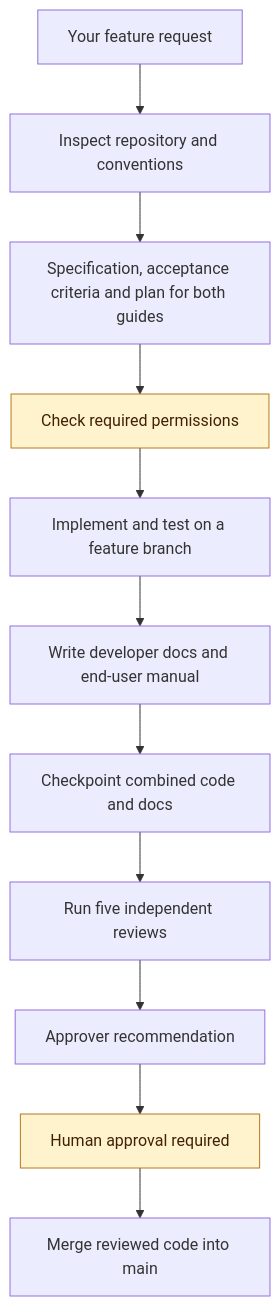
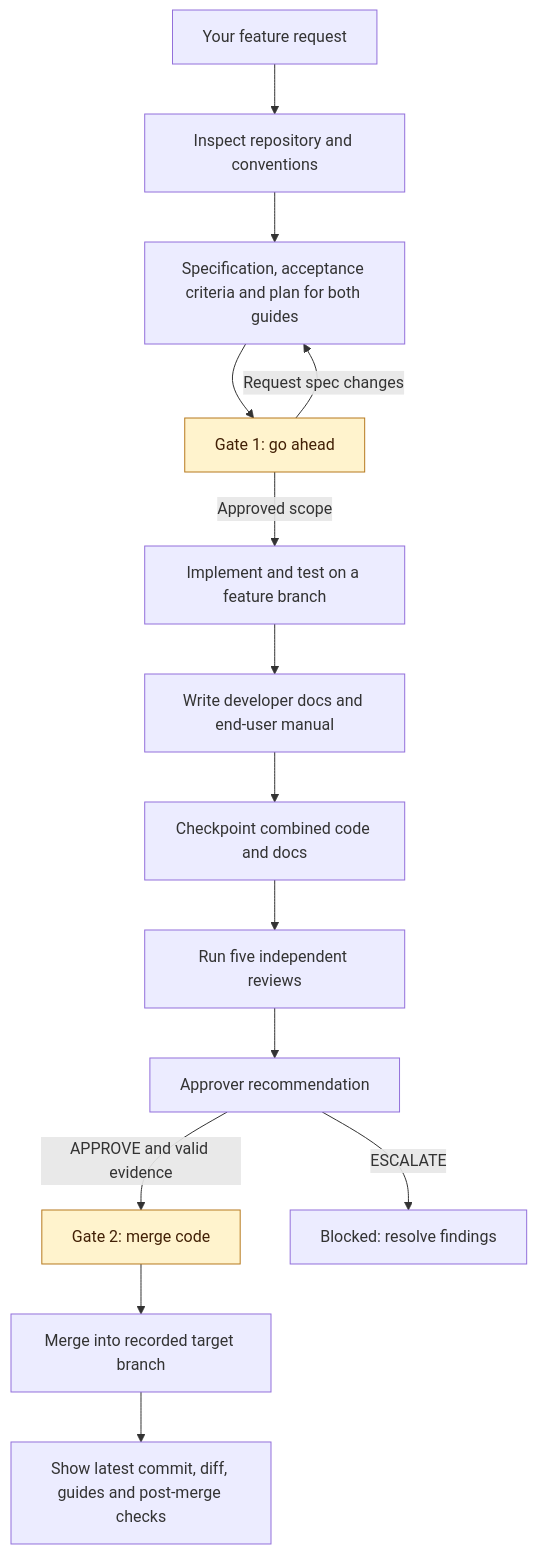
One commit to faiqfarooq/software-factory changed the first of 4 diagrams in claude-only/docs/GUIDE.md. Above: the diagram before and after it, drawn with Mermaid. The commit also changed other lines of this file and 14 other files, not shown here.

````diff
--- a/claude-only/docs/GUIDE.md
+++ b/claude-only/docs/GUIDE.md
@@ -72,16 +91,19 @@
 ```mermaid
 flowchart TD
     Feature["Your feature request"] --> Inspect["Inspect repository and conventions"]
     Inspect --> Spec["Specification, acceptance criteria and plan for both guides"]
-    Spec --> Permission["Check required permissions"]
-    Permission --> Build["Implement and test on a feature branch"]
+    Spec --> SpecApproval["Gate 1: go ahead"]
+    SpecApproval -->|Request spec changes| Spec
+    SpecApproval -->|Approved scope| Build["Implement and test on a feature branch"]
     Build --> Docs["Write developer docs and end-user manual"]
     Docs --> Checkpoint["Checkpoint combined code and docs"]
     Checkpoint --> Review["Run five independent reviews"]
     Review --> Decision["Approver recommendation"]
-    Decision --> Human["Human approval required"]
-    Human --> Merge["Merge reviewed code into main"]
+    Decision -->|APPROVE and valid evidence| Human["Gate 2: merge code"]
+    Decision -->|ESCALATE| Blocked["Blocked: resolve findings"]
+    Human --> Merge["Merge into recorded target branch"]
+    Merge --> Latest["Show latest commit, diff, guides and post-merge checks"]
 
     classDef human fill:#fff3cd,stroke:#b7791f,color:#422006;
-    class Permission,Human human;
+    class SpecApproval,Human human;
 ```
````
